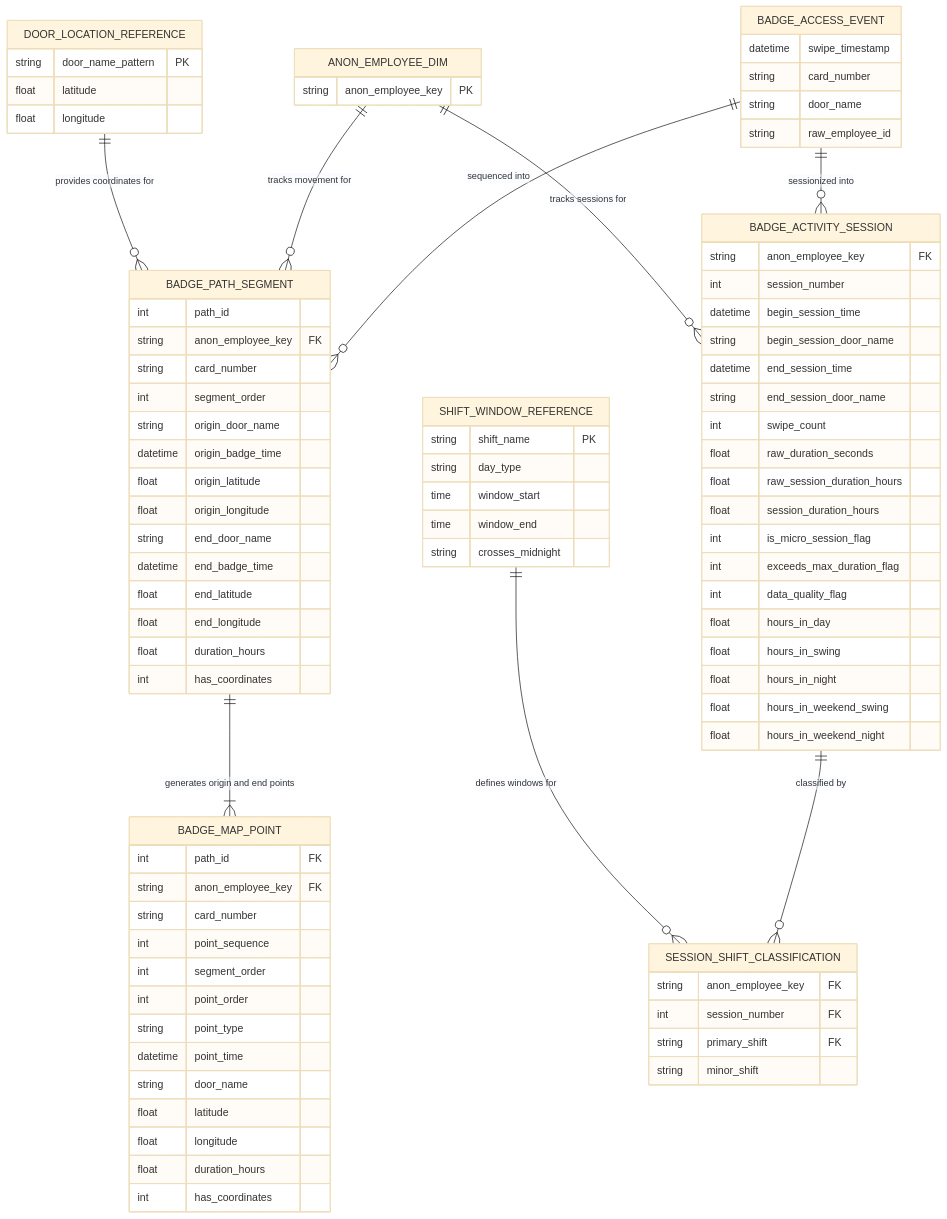
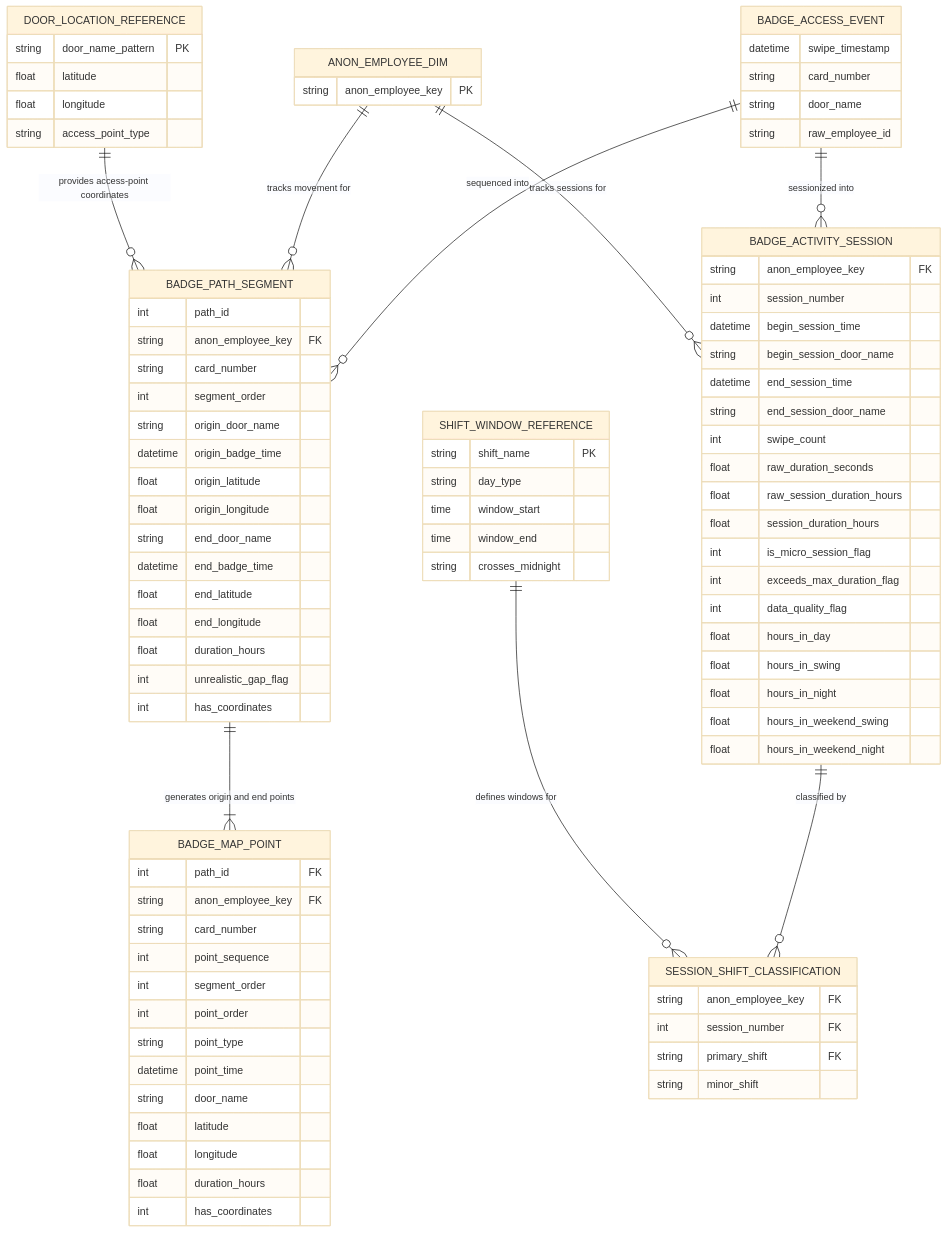
The diagram in facility-movement-shift-analytics/diagrams/erd.md (tylerv11/data-engineering-pipelines), drawn with Mermaid (base theme) before and after one commit. The commit also changed other lines of this file and 6 other files, not shown here.

Commit message:
Clarify portfolio data architecture documentation

```diff
--- a/facility-movement-shift-analytics/diagrams/erd.md
+++ b/facility-movement-shift-analytics/diagrams/erd.md
@@ -16,6 +18,7 @@
         string door_name_pattern PK
         float  latitude
         float  longitude
+        string access_point_type
     }
 
     ANON_EMPLOYEE_DIM {
@@ -36,6 +39,7 @@
         float    end_latitude
         float    end_longitude
         float    duration_hours
+        int      unrealistic_gap_flag
         int      has_coordinates
     }
 
@@ -99,8 +103,8 @@
     ANON_EMPLOYEE_DIM        ||--o{ BADGE_PATH_SEGMENT            : "tracks movement for"
     ANON_EMPLOYEE_DIM        ||--o{ BADGE_ACTIVITY_SESSION         : "tracks sessions for"
 
-    %% Door reference enriches path segments with coordinates
-    DOOR_LOCATION_REFERENCE  ||--o{ BADGE_PATH_SEGMENT            : "provides coordinates for"
+    %% Door reference enriches access points with fixed coordinates
+    DOOR_LOCATION_REFERENCE  ||--o{ BADGE_PATH_SEGMENT            : "provides access-point coordinates"
 
     %% Path segments expand into map-ready point pairs
     BADGE_PATH_SEGMENT       ||--|{ BADGE_MAP_POINT                : "generates origin and end points"
```
